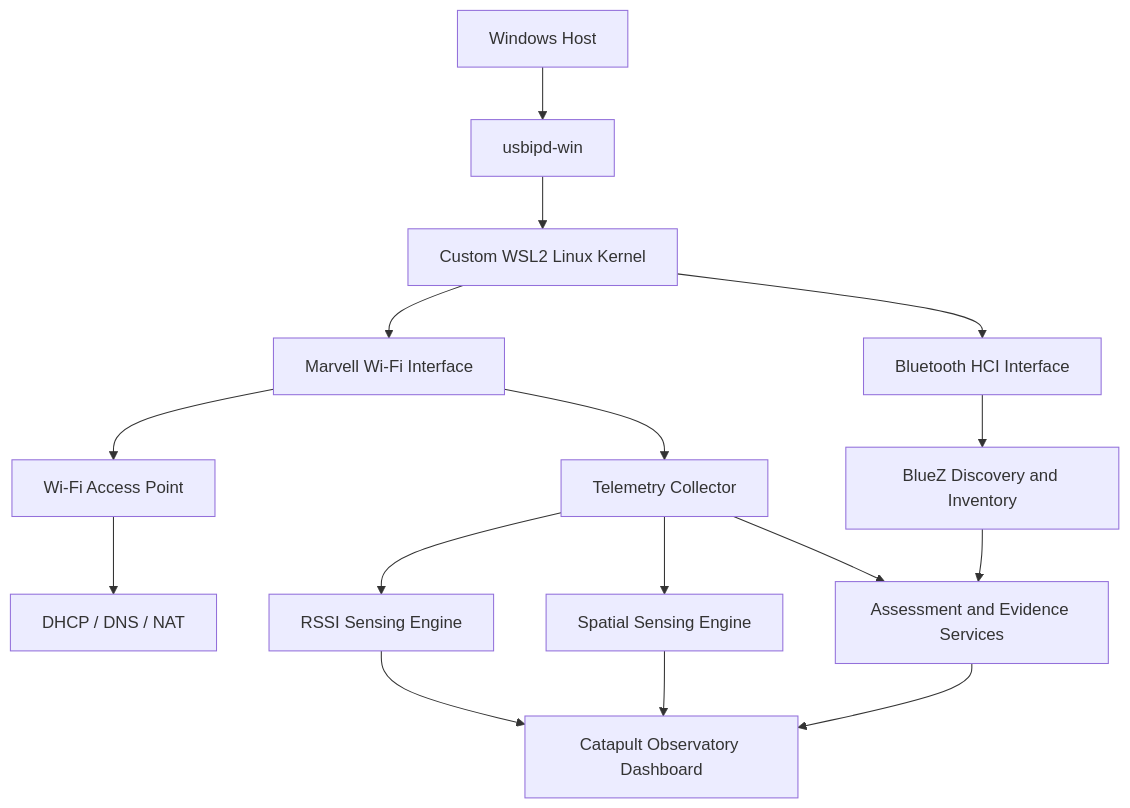
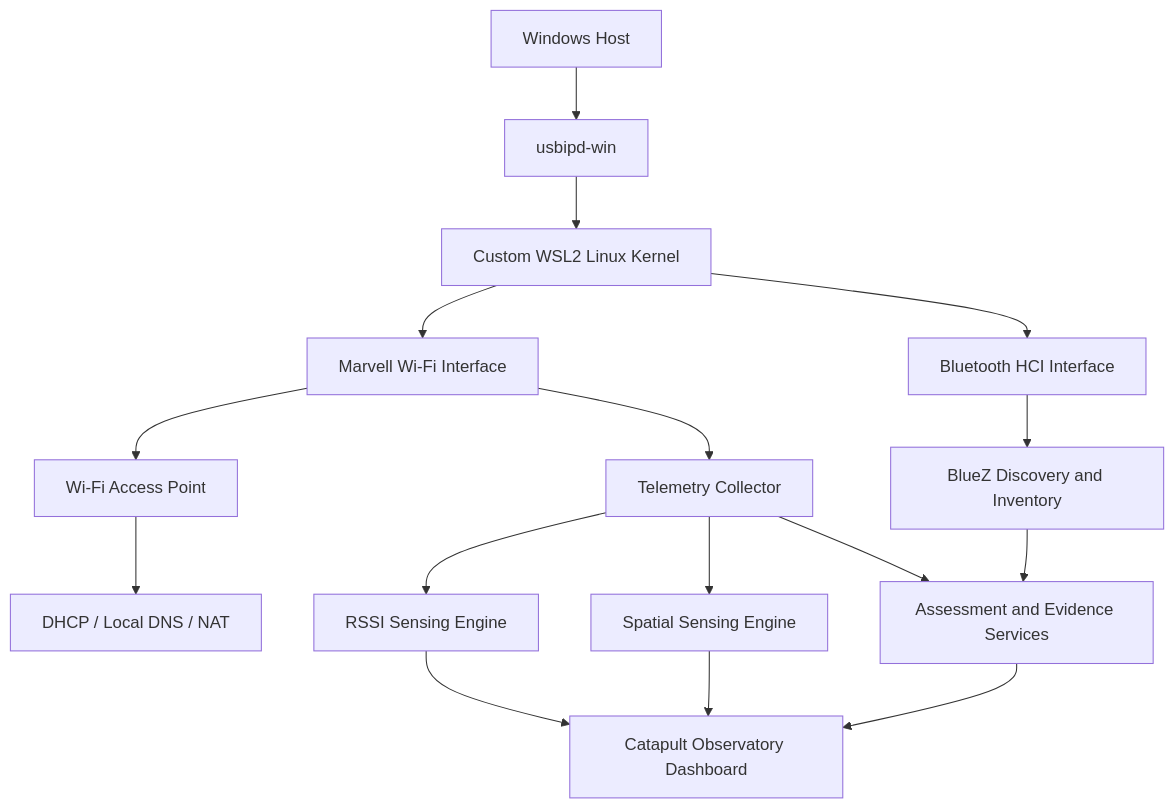
Before and after one commit to silentiumlabsio/catapult-observatory: the diagram in README.md, drawn with Mermaid. The commit also changed other lines of this file, not shown here.

````diff
--- a/README.md
+++ b/README.md
@@ -147,18 +188,23 @@
 ```mermaid
 flowchart TD
     A[Windows Host] --> B[usbipd-win]
     B --> C[Custom WSL2 Linux Kernel]
+
     C --> D[Marvell Wi-Fi Interface]
     C --> E[Bluetooth HCI Interface]
+
     D --> F[Wi-Fi Access Point]
-    F --> G[DHCP / DNS / NAT]
+    F --> G[DHCP / Local DNS / NAT]
+
     D --> H[Telemetry Collector]
     E --> I[BlueZ Discovery and Inventory]
+
     H --> J[RSSI Sensing Engine]
     H --> K[Spatial Sensing Engine]
     H --> L[Assessment and Evidence Services]
     I --> L
+
     J --> M[Catapult Observatory Dashboard]
     K --> M
     L --> M
 ```
````
